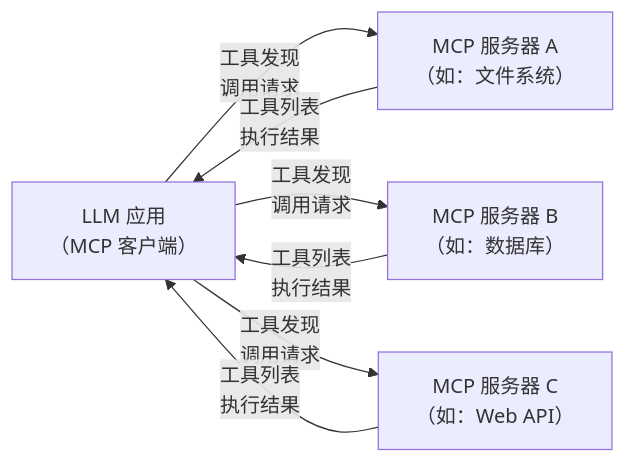
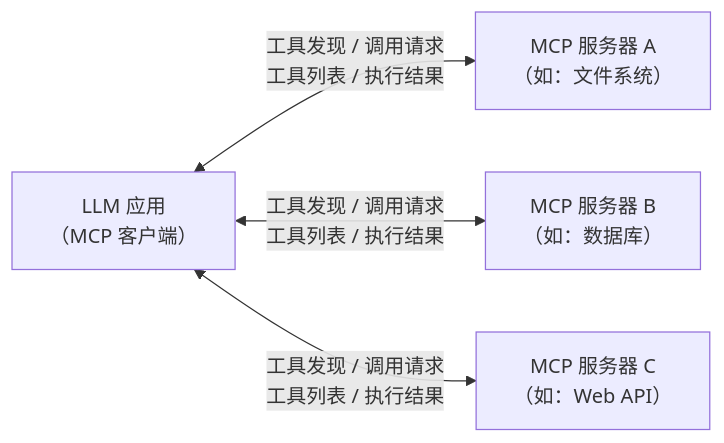
One commit to yeasy/llm_internals changed the second of 2 diagrams in 14_future_trends/14.5_agent_tool_use.md. Above: the diagram before and after it, drawn with Mermaid. The commit also changed other lines of this file and 50 other files, not shown here.

````diff
--- a/14_future_trends/14.5_agent_tool_use.md
+++ b/14_future_trends/14.5_agent_tool_use.md
@@ -110,9 +110,6 @@
 ```mermaid
 graph LR
-    A["LLM 应用<br/>（MCP 客户端）"] -->|"工具发现<br/>调用请求"| B["MCP 服务器 A<br/>（如：文件系统）"]
-    A -->|"工具发现<br/>调用请求"| C["MCP 服务器 B<br/>（如：数据库）"]
-    A -->|"工具发现<br/>调用请求"| D["MCP 服务器 C<br/>（如：Web API）"]
-    B -->|"工具列表<br/>执行结果"| A
-    C -->|"工具列表<br/>执行结果"| A
-    D -->|"工具列表<br/>执行结果"| A
+    A["LLM 应用<br/>（MCP 客户端）"] <-->|"工具发现 / 调用请求<br/>工具列表 / 执行结果"| B["MCP 服务器 A<br/>（如：文件系统）"]
+    A <-->|"工具发现 / 调用请求<br/>工具列表 / 执行结果"| C["MCP 服务器 B<br/>（如：数据库）"]
+    A <-->|"工具发现 / 调用请求<br/>工具列表 / 执行结果"| D["MCP 服务器 C<br/>（如：Web API）"]
 ```
````
